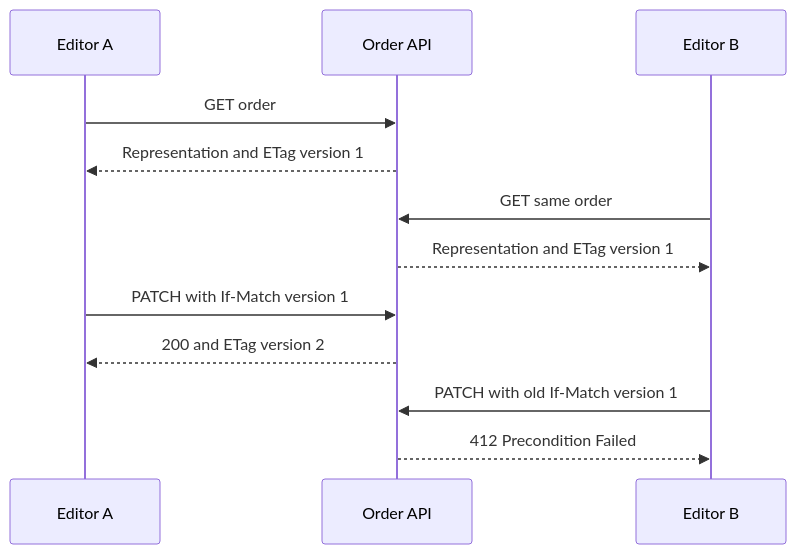
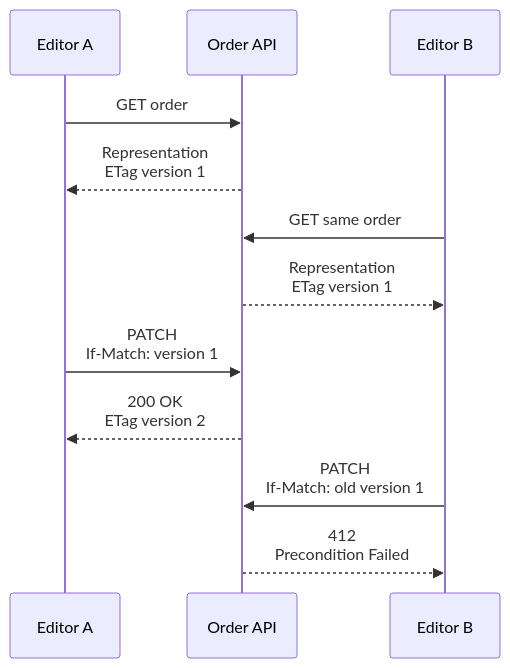
The eighth of 10 diagrams in rest-apis/training-guide.md (alikhawaja/training-plans), drawn with Mermaid before and after one commit. The commit also changed other lines of this file and 1 other file, not shown here.

Commit message:
Improve REST workshop diagram readability

````diff
--- a/rest-apis/training-guide.md
+++ b/rest-apis/training-guide.md
@@ -987,14 +993,15 @@
 ```mermaid
+%%{init: {"sequence": {"wrap": true, "width": 110, "actorMargin": 25}}}%%
 sequenceDiagram
     participant A as Editor A
     participant S as Order API
     participant B as Editor B
     A->>S: GET order
-    S-->>A: Representation and ETag version 1
+    S-->>A: Representation<br/>ETag version 1
     B->>S: GET same order
-    S-->>B: Representation and ETag version 1
-    A->>S: PATCH with If-Match version 1
-    S-->>A: 200 and ETag version 2
-    B->>S: PATCH with old If-Match version 1
-    S-->>B: 412 Precondition Failed
+    S-->>B: Representation<br/>ETag version 1
+    A->>S: PATCH<br/>If-Match: version 1
+    S-->>A: 200 OK<br/>ETag version 2
+    B->>S: PATCH<br/>If-Match: old version 1
+    S-->>B: 412<br/>Precondition Failed
 ```
````
